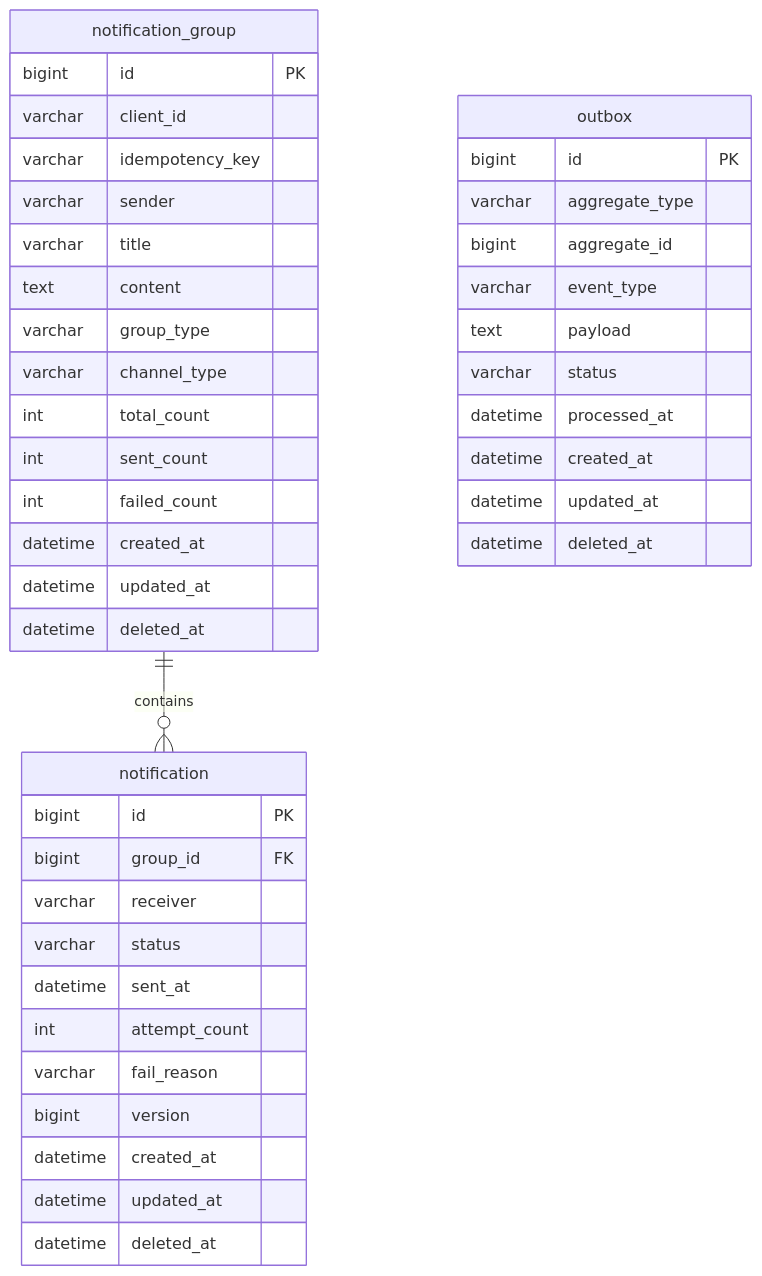
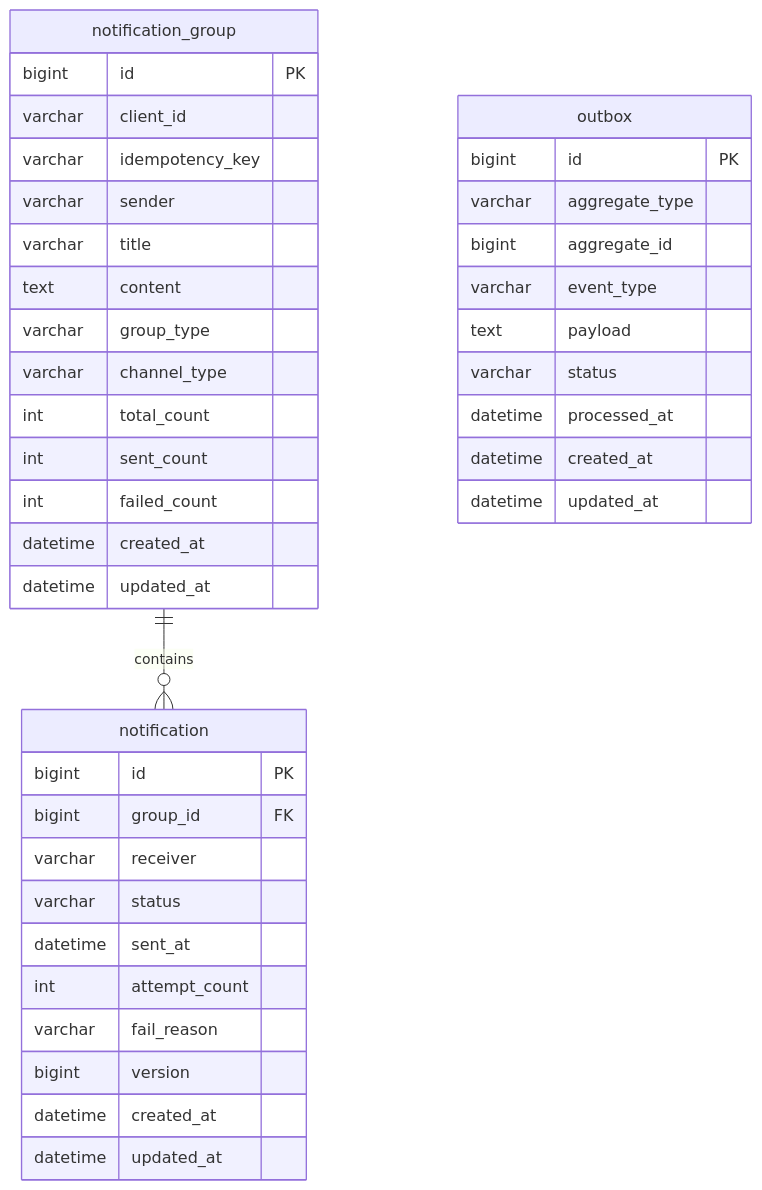
The diagram in docs/04-erd.md (yht0827/notification-dispatcher), drawn with Mermaid before and after one commit. The commit also changed other lines of this file and 32 other files, not shown here.

````diff
--- a/docs/04-erd.md
+++ b/docs/04-erd.md
@@ -21,48 +21,45 @@
 ```mermaid
 erDiagram
     notification_group ||--o{ notification : contains
 
     notification_group {
       bigint id PK
       varchar client_id
       varchar idempotency_key
       varchar sender
       varchar title
       text content
       varchar group_type
       varchar channel_type
       int total_count
       int sent_count
       int failed_count
       datetime created_at
       datetime updated_at
-      datetime deleted_at
     }
 
     notification {
       bigint id PK
       bigint group_id FK
       varchar receiver
       varchar status
       datetime sent_at
       int attempt_count
       varchar fail_reason
       bigint version
       datetime created_at
       datetime updated_at
-      datetime deleted_at
     }
 
     outbox {
       bigint id PK
       varchar aggregate_type
       bigint aggregate_id
       varchar event_type
       text payload
       varchar status
       datetime processed_at
       datetime created_at
       datetime updated_at
-      datetime deleted_at
     }
 ```
````
